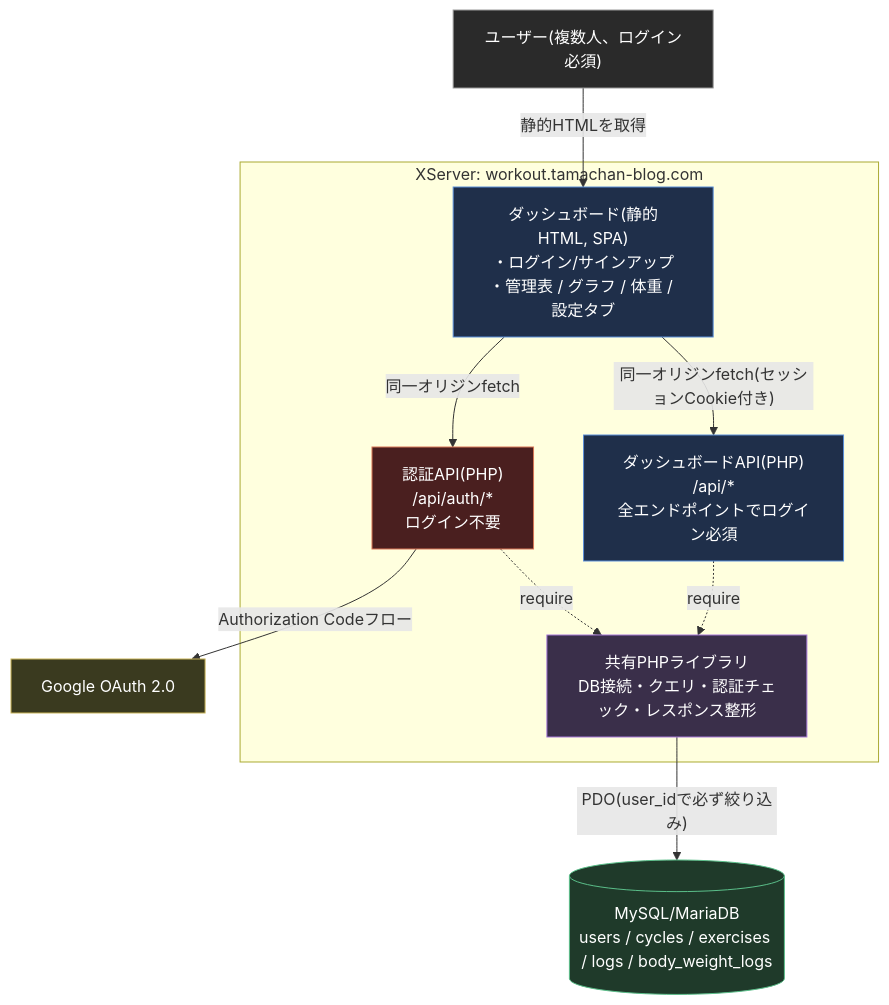
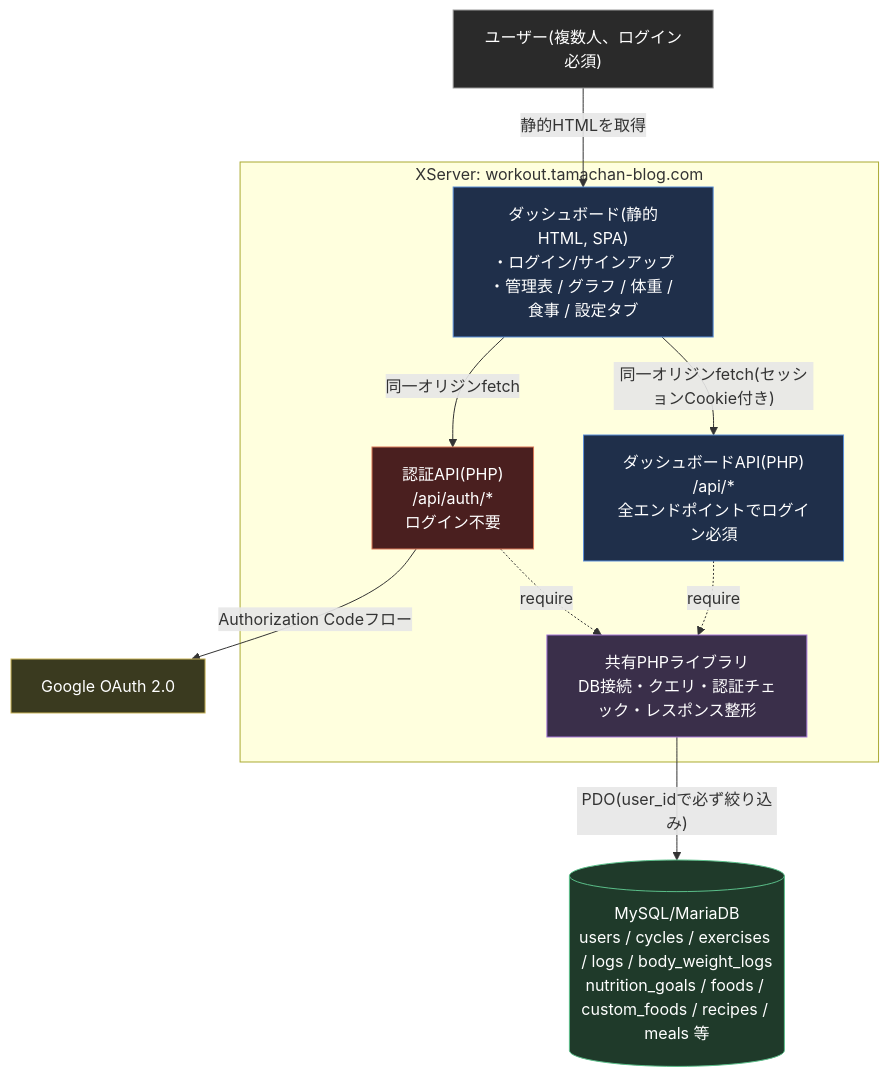
Before and after one commit to tamatyan1111/workout: the first of 2 diagrams in docs/architecture.md, drawn with Mermaid. The commit also changed 1 other file, not shown here.

Commit message:
docs: 残っていた古い記述を修正(食事機能・ジョブ名・ディレクトリ構成)
徹底調査で見つかった残りのズレをまとめて修正:
- architecture.mdのメイン構成図に食事関連テーブル・食事タブが
  反映されていなかった
- README「ディレクトリ構成」にe2e/・playwright.config.ts・
  .github/・legal/・dev/が抜けていた
- READMEのデプロイ節がリネーム前のジョブ名(php/changes)・
  ワークフロー名(CI)・パスフィルター範囲(統合前の広い範囲)の
  まま残っていた
- README「技術スタック」表にPlaywright(E2E)の行が無く、
  「CI」も実態に合わせて「CI/CD」に修正

````diff
--- a/docs/architecture.md
+++ b/docs/architecture.md
@@ -12,36 +12,36 @@
 ```mermaid
 flowchart TD
     User["ユーザー(複数人、ログイン必須)"]
     Google["Google OAuth 2.0"]
 
     subgraph xserver["XServer: workout.tamachan-blog.com"]
-        Dashboard["ダッシュボード(静的HTML, SPA)<br/>・ログイン/サインアップ<br/>・管理表 / グラフ / 体重 / 設定タブ"]
+        Dashboard["ダッシュボード(静的HTML, SPA)<br/>・ログイン/サインアップ<br/>・管理表 / グラフ / 体重 / 食事 / 設定タブ"]
         AuthAPI["認証API(PHP)<br/>/api/auth/*<br/>ログイン不要"]
         API["ダッシュボードAPI(PHP)<br/>/api/*<br/>全エンドポイントでログイン必須"]
         Shared["共有PHPライブラリ<br/>DB接続・クエリ・認証チェック・レスポンス整形"]
     end
 
-    DB[("MySQL/MariaDB<br/>users / cycles / exercises / logs / body_weight_logs")]
+    DB[("MySQL/MariaDB<br/>users / cycles / exercises / logs / body_weight_logs<br/>nutrition_goals / foods / custom_foods / recipes / meals 等")]
 
     User -- "静的HTMLを取得" --> Dashboard
     Dashboard -- "同一オリジンfetch" --> AuthAPI
     Dashboard -- "同一オリジンfetch(セッションCookie付き)" --> API
     AuthAPI -- "Authorization Codeフロー" --> Google
     AuthAPI -.require.-> Shared
     API -.require.-> Shared
     Shared -- "PDO(user_idで必ず絞り込み)" --> DB
 
     classDef authNode fill:#4a1f1f,stroke:#d97757,color:#fff
     classDef appNode fill:#1f2f4a,stroke:#5b8fd9,color:#fff
     classDef dataNode fill:#1f3a2a,stroke:#5bbf8a,color:#fff
     classDef actor fill:#2a2a2a,stroke:#999,color:#fff
     classDef sharedNode fill:#3a2f4a,stroke:#a679d9,color:#fff
     classDef externalNode fill:#3a3a1f,stroke:#c9b458,color:#fff
 
     class AuthAPI authNode
     class Dashboard,API appNode
     class DB dataNode
     class Shared sharedNode
     class User actor
     class Google externalNode
 ```
````
